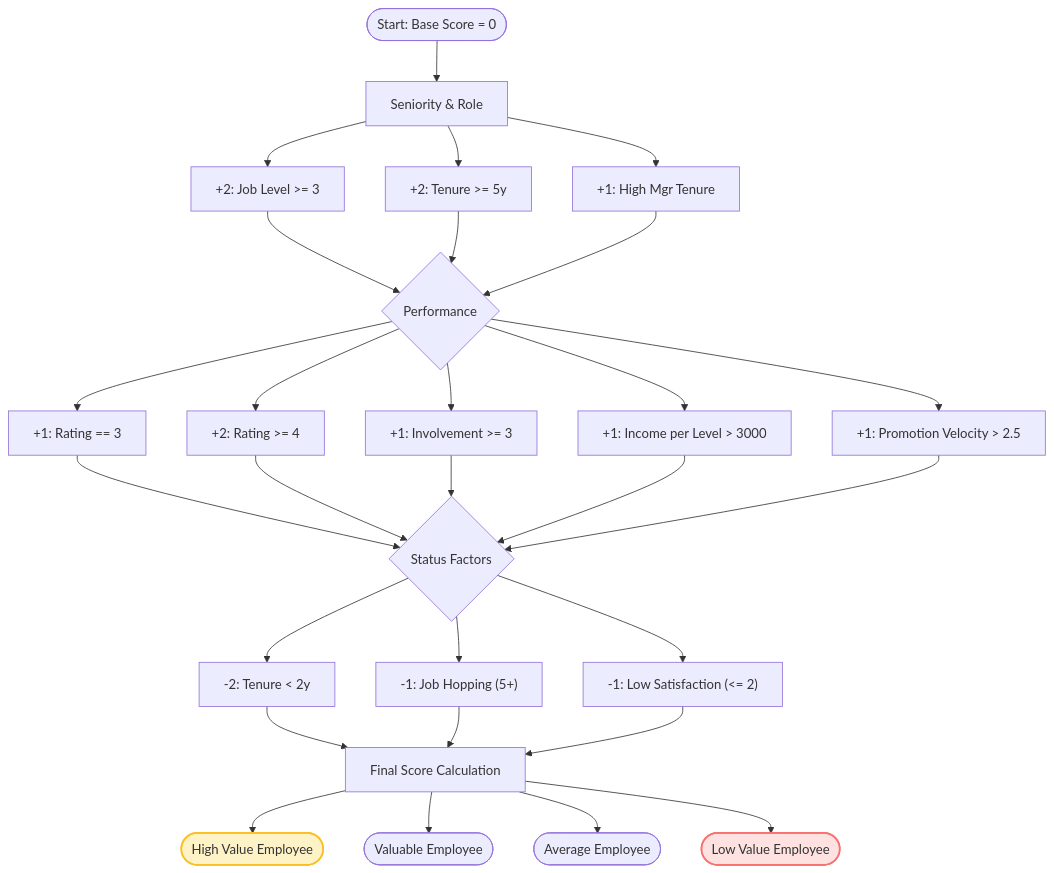
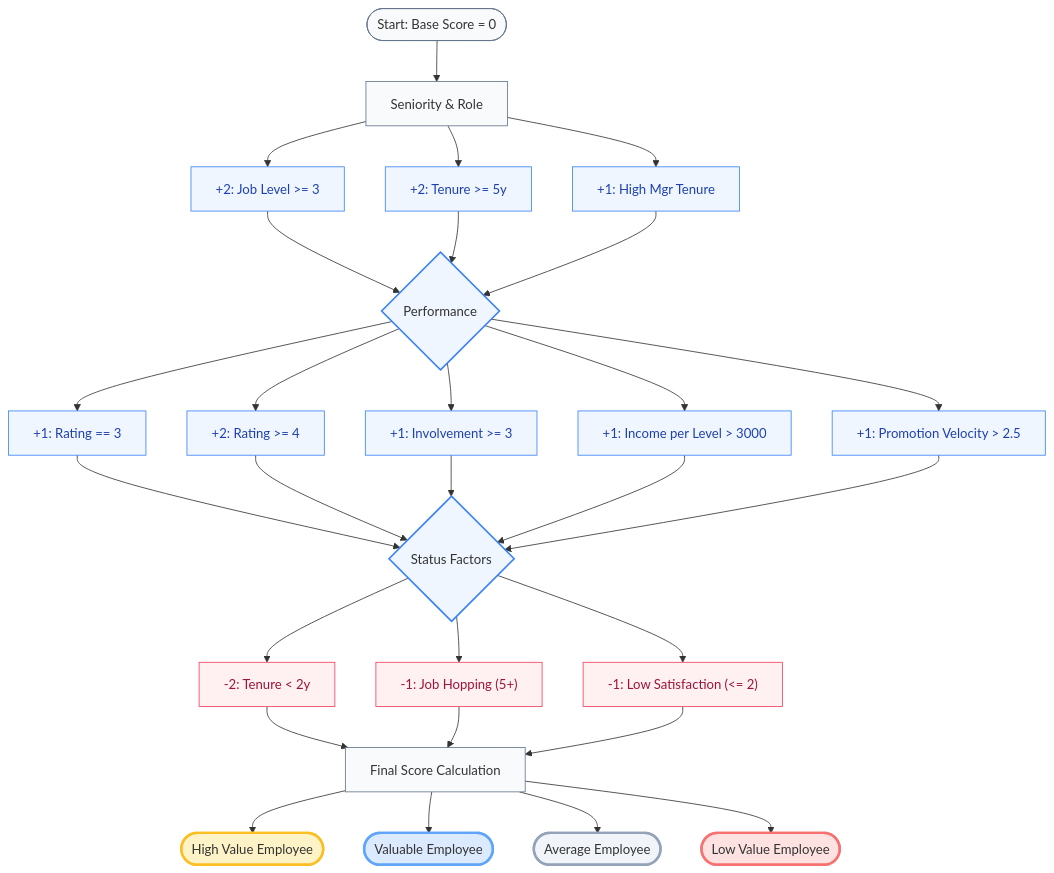
The fourth of 6 diagrams in README.md (Andrew-Hany/employee-attrition-decision-system), drawn with Mermaid before and after one commit. The commit also changed other lines of this file, not shown here.

````diff
--- a/README.md
+++ b/README.md
@@ -56,34 +117,49 @@
 ```mermaid
 graph TD
     Start([Start: Base Score = 0]) --> Seniority[Seniority & Role]
     
     Seniority --> JL["+2: Job Level >= 3"]
     Seniority --> TC["+2: Tenure >= 5y"]
     Seniority --> MT["+1: High Mgr Tenure"]
     
     JL --> Perf{Performance}
     TC --> Perf
     MT --> Perf
     
     Perf --> PR3["+1: Rating == 3"]
     Perf --> PR4["+2: Rating >= 4"]
     Perf --> JI["+1: Involvement >= 3"]
     Perf --> IE["+1: Income per Level > 3000"]
     Perf --> PV["+1: Promotion Velocity > 2.5"]
     
     PR3 & PR4 & JI & IE & PV --> Status{Status Factors}
     
     Status --> ST["-2: Tenure < 2y"]
     Status --> JH["-1: Job Hopping (5+)"]
     Status --> LS["-1: Low Satisfaction (<= 2)"]
     
     ST & JH & LS --> Score[Final Score Calculation]
     
     Score --> HV([High Value Employee])
     Score --> V([Valuable Employee])
     Score --> A([Average Employee])
     Score --> LV([Low Value Employee])
+
+    %% Design Styles
+    style Start fill:#f8fafc,stroke:#64748b,stroke-width:1px
+    style Seniority fill:#f8fafc,stroke:#64748b,stroke-width:1px
+    style Perf fill:#eff6ff,stroke:#3b82f6,stroke-width:2px
+    style Status fill:#eff6ff,stroke:#3b82f6,stroke-width:2px
+    style Score fill:#f8fafc,stroke:#64748b,stroke-width:1px
     
-    style HV fill:#fef3c7,stroke:#fbbf24,stroke-width:2px
-    style LV fill:#fee2e2,stroke:#f87171,stroke-width:2px
+    classDef booster fill:#eff6ff,stroke:#3b82f6,stroke-width:1px,color:#1e40af;
+    class JL,TC,MT,PR3,PR4,JI,IE,PV booster
+    
+    classDef risk fill:#fff1f2,stroke:#f43f5e,stroke-width:1px,color:#9f1239;
+    class ST,JH,LS risk
+
+    style HV fill:#fef3c7,stroke:#fbbf24,stroke-width:3px
+    style V fill:#dbeafe,stroke:#60a5fa,stroke-width:3px
+    style A fill:#f1f5f9,stroke:#94a3b8,stroke-width:3px
+    style LV fill:#fee2e2,stroke:#f87171,stroke-width:3px
 ```
````
